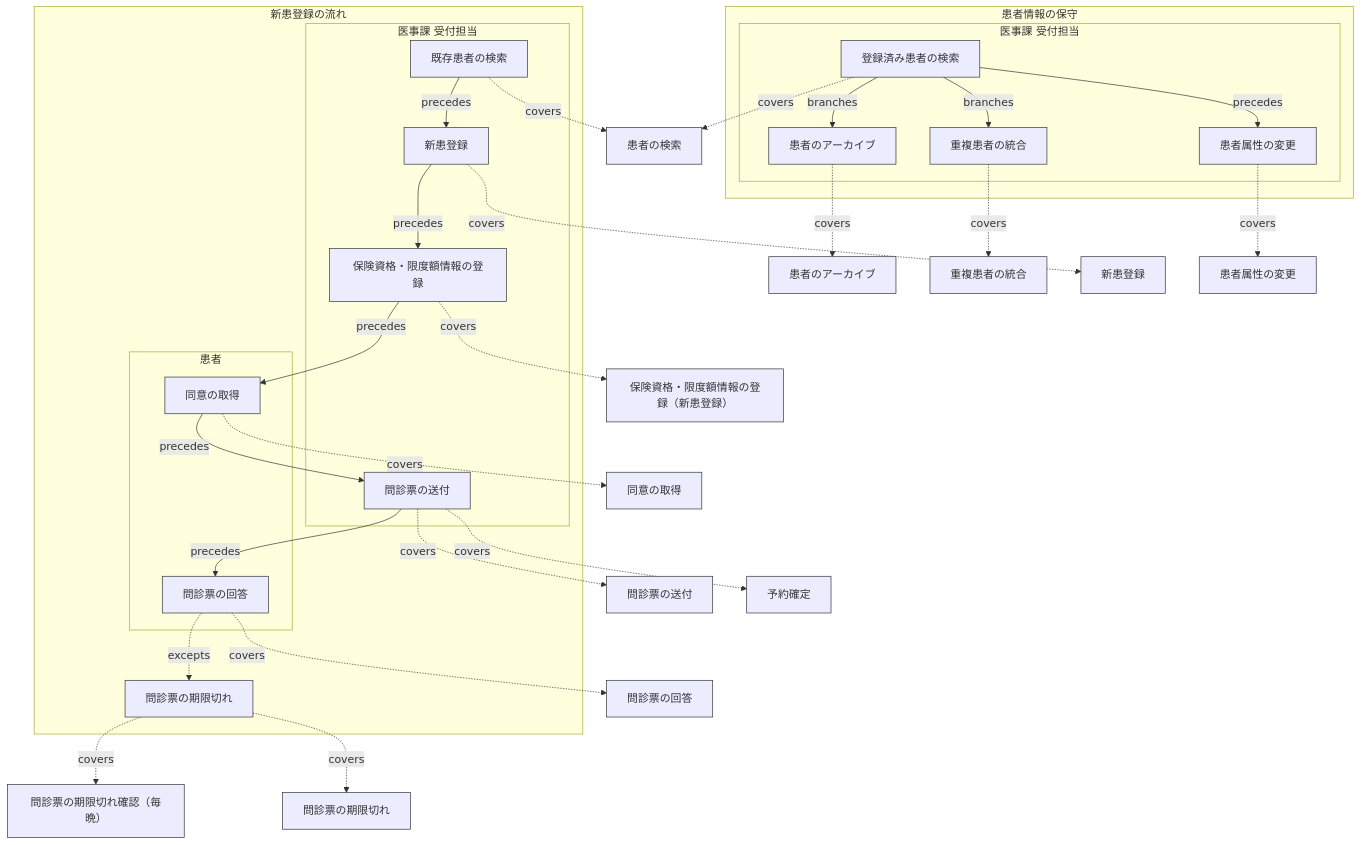
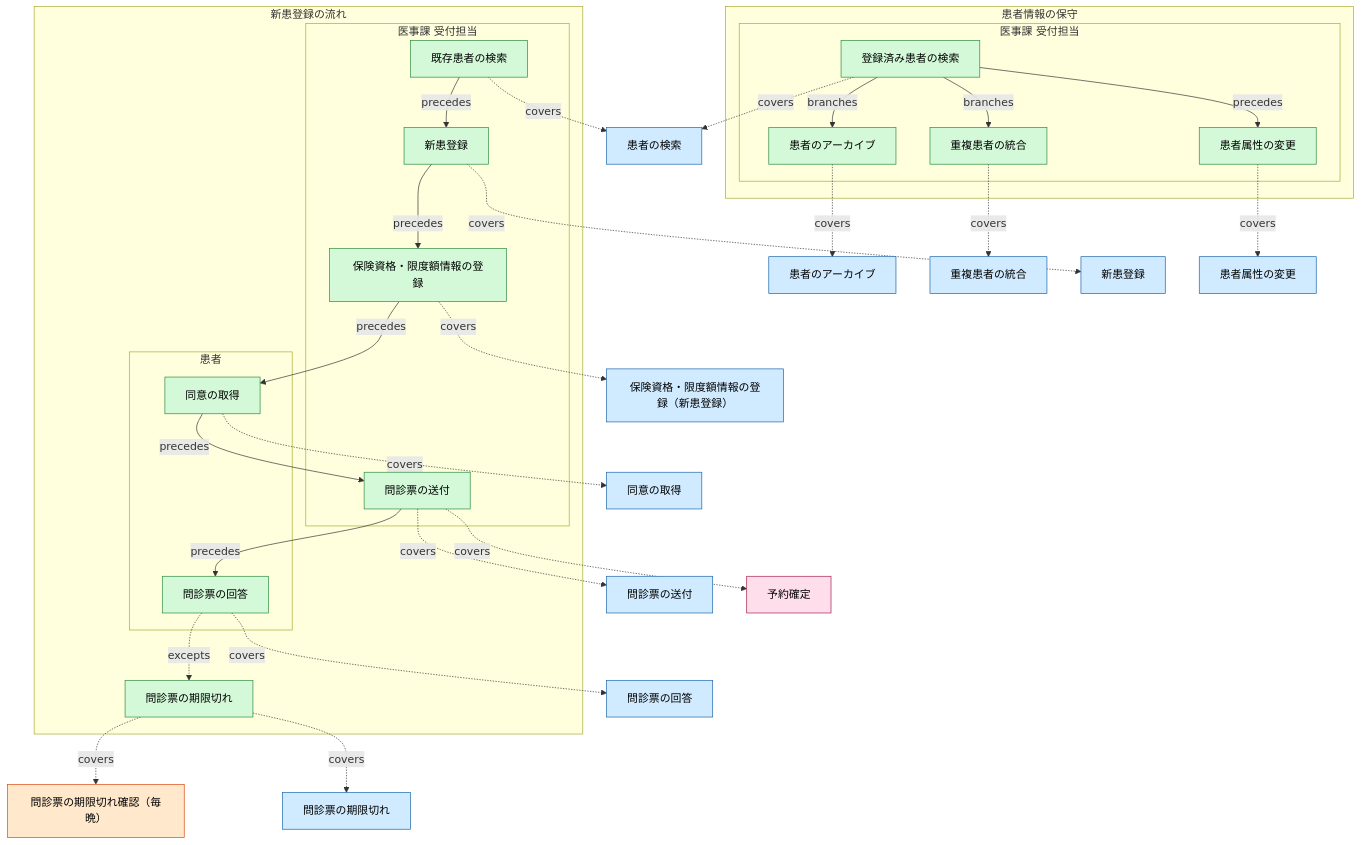
Before and after one commit to manji-0/rdra-ish-dsl: the fourth of 27 diagrams in samples/clinic-ops/design-sample.md, drawn with Mermaid. The commit also changed other lines of this file and 76 other files, not shown here.

First line of the commit message:
feat(cli): colour each RDRA element family in the flowchart diagrams

````diff
--- a/samples/clinic-ops/design-sample.md
+++ b/samples/clinic-ops/design-sample.md
@@ -469,70 +469,70 @@
 ```mermaid
 %% rdra-ish diagram=flow scope=buc:BucPatientOnboarding model=samples/clinic-ops
 %% kinds: flow step lane timer usecase event
 %% omitted: buc
 flowchart TD
   subgraph flow__OnboardingFlow["新患登録の流れ"]
     step__IntakeExpireStep["問診票の期限切れ"]:::step
     subgraph lane__OnboardingFlow__Patient["患者"]
       %% lane lane__OnboardingFlow__Patient: actor__Patient
       step__ConsentStep["同意の取得"]:::step
       step__IntakeAnswerStep["問診票の回答"]:::step
     end
     subgraph lane__OnboardingFlow__ReceptionClerk["医事課 受付担当"]
       %% lane lane__OnboardingFlow__ReceptionClerk: actor__ReceptionClerk
       step__InsuranceStep["保険資格・限度額情報の登録"]:::step
       step__IntakeSendStep["問診票の送付"]:::step
       step__NewPatientSearchStep["既存患者の検索"]:::step
       step__RegisterStep["新患登録"]:::step
     end
   end
   subgraph flow__PatientMaintenanceFlow["患者情報の保守"]
     subgraph lane__PatientMaintenanceFlow__ReceptionClerk["医事課 受付担当"]
       %% lane lane__PatientMaintenanceFlow__ReceptionClerk: actor__ReceptionClerk
       step__ArchiveStep["患者のアーカイブ"]:::step
       step__DemographicsStep["患者属性の変更"]:::step
       step__MaintainSearchStep["登録済み患者の検索"]:::step
       step__MergeStep["重複患者の統合"]:::step
     end
   end
   timer__IntakeExpiryCheck["問診票の期限切れ確認（毎晩）"]:::timer
   usecase__ArchivePatient["患者のアーカイブ"]:::usecase
   usecase__CaptureConsent["同意の取得"]:::usecase
   usecase__CompleteIntakeForms["問診票の回答"]:::usecase
   usecase__ExpireIntakeForms["問診票の期限切れ"]:::usecase
   usecase__MergeDuplicatePatient["重複患者の統合"]:::usecase
   usecase__RegisterPatient["新患登録"]:::usecase
   usecase__SearchPatient["患者の検索"]:::usecase
   usecase__SendIntakeForms["問診票の送付"]:::usecase
   usecase__UpdateDemographics["患者属性の変更"]:::usecase
   usecase__VerifyInsurance["保険資格・限度額情報の登録（新患登録）"]:::usecase
   event__EvAppointmentScheduled["予約確定"]:::event
   step__ArchiveStep -.->|covers| usecase__ArchivePatient
   step__ConsentStep -.->|covers| usecase__CaptureConsent
   step__ConsentStep -->|precedes| step__IntakeSendStep
   step__DemographicsStep -.->|covers| usecase__UpdateDemographics
   step__InsuranceStep -.->|covers| usecase__VerifyInsurance
   step__InsuranceStep -->|precedes| step__ConsentStep
   step__IntakeAnswerStep -.->|covers| usecase__CompleteIntakeForms
   step__IntakeAnswerStep -.->|excepts| step__IntakeExpireStep
   step__IntakeExpireStep -.->|covers| timer__IntakeExpiryCheck
   step__IntakeExpireStep -.->|covers| usecase__ExpireIntakeForms
   step__IntakeSendStep -.->|covers| event__EvAppointmentScheduled
   step__IntakeSendStep -.->|covers| usecase__SendIntakeForms
   step__IntakeSendStep -->|precedes| step__IntakeAnswerStep
   step__MaintainSearchStep -->|branches| step__ArchiveStep
   step__MaintainSearchStep -->|branches| step__MergeStep
   step__MaintainSearchStep -.->|covers| usecase__SearchPatient
   step__MaintainSearchStep -->|precedes| step__DemographicsStep
   step__MergeStep -.->|covers| usecase__MergeDuplicatePatient
   step__NewPatientSearchStep -.->|covers| usecase__SearchPatient
   step__NewPatientSearchStep -->|precedes| step__RegisterStep
   step__RegisterStep -.->|covers| usecase__RegisterPatient
   step__RegisterStep -->|precedes| step__InsuranceStep
-  classDef flow stroke:#333;
-  classDef step stroke:#333;
-  classDef lane stroke:#333;
-  classDef timer stroke:#333;
-  classDef usecase stroke:#333;
-  classDef event stroke:#333;
+  classDef flow fill:#d3f9d8,stroke:#2b8a3e,color:#000;
+  classDef step fill:#d3f9d8,stroke:#2b8a3e,color:#000;
+  classDef lane fill:#d3f9d8,stroke:#2b8a3e,color:#000;
+  classDef timer fill:#ffe8cc,stroke:#d9480f,color:#000;
+  classDef usecase fill:#d0ebff,stroke:#1864ab,color:#000;
+  classDef event fill:#ffdeeb,stroke:#a61e4d,color:#000;
 ```
````
